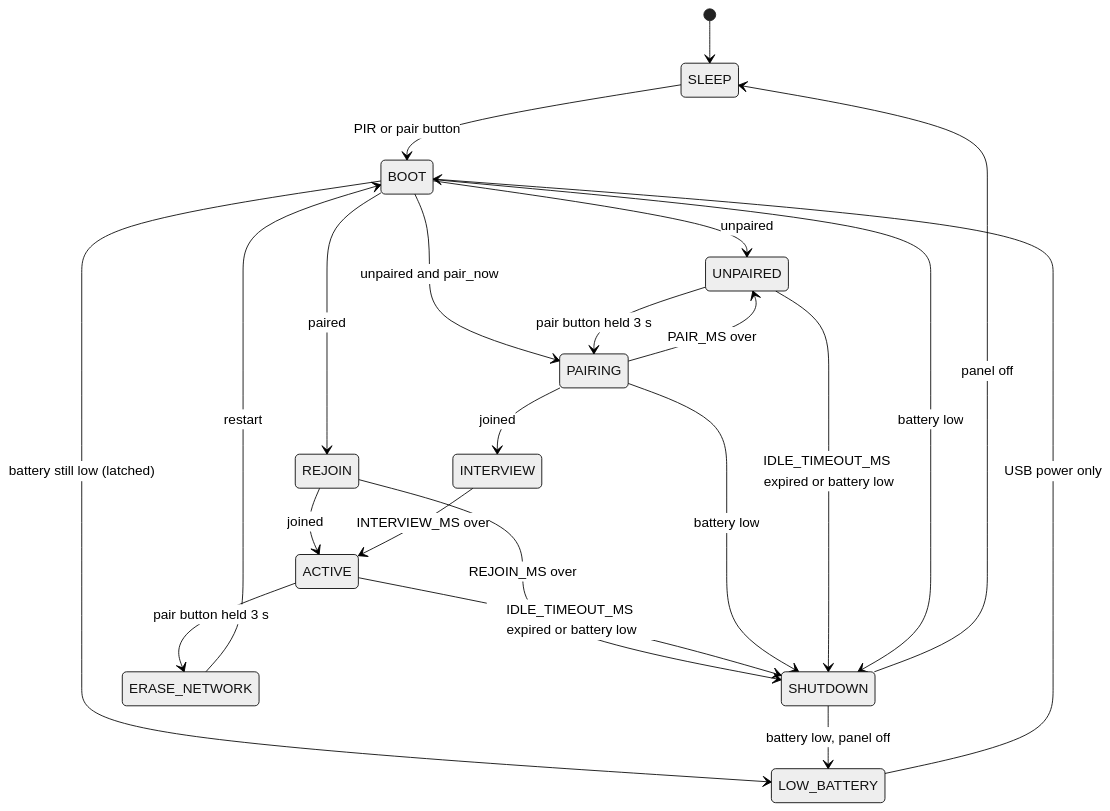
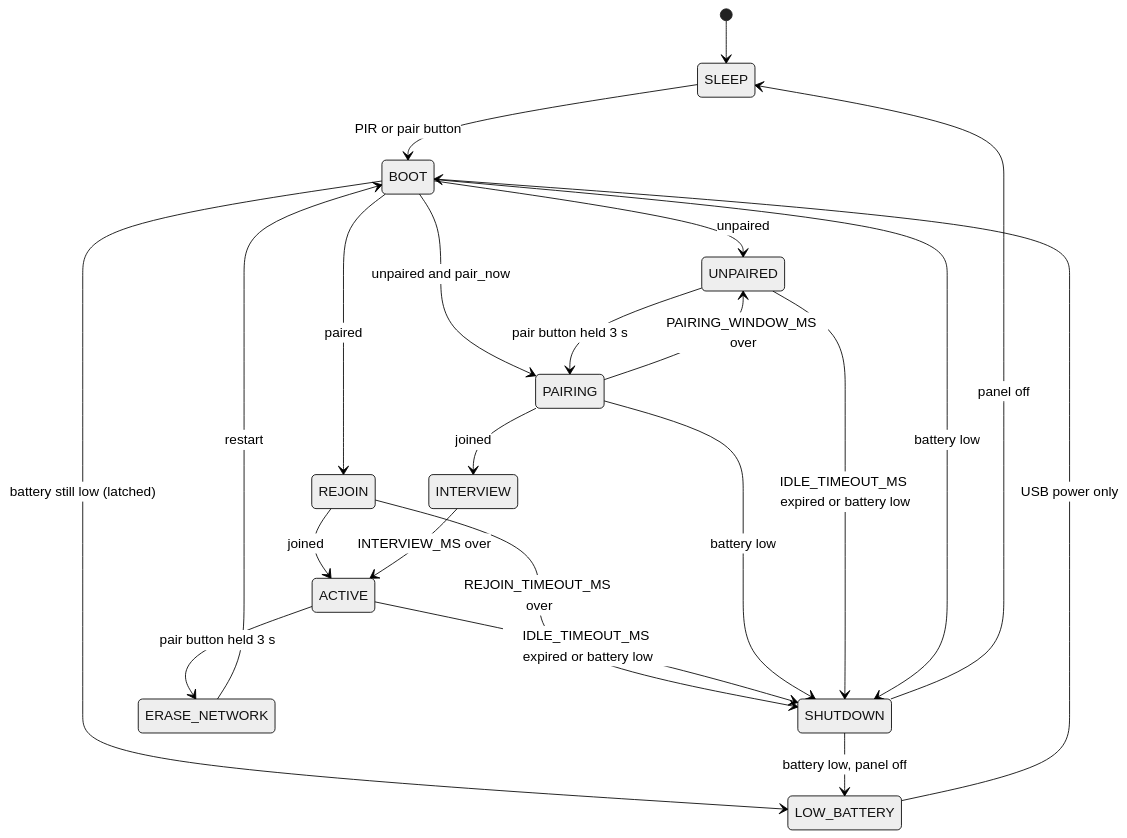
One commit to vgabor99/greenlight changed the diagram in DESIGN.md. Above: the diagram before and after it, drawn with Mermaid (neutral theme). The commit also changed other lines of this file and 8 other files, not shown here.

````diff
--- a/DESIGN.md
+++ b/DESIGN.md
@@ -89,34 +89,34 @@
 ```mermaid
 stateDiagram-v2
     %% The declaration order sets the layout: paired path left, unpaired path in the middle, SHUTDOWN right.
     state BOOT
     state REJOIN
     state ACTIVE
     state ERASE_NETWORK
     state UNPAIRED
     state PAIRING
     state INTERVIEW
     state SHUTDOWN
     state LOW_BATTERY
     [*] --> SLEEP
     SLEEP --> BOOT: PIR or pair button
     BOOT --> REJOIN: paired
     BOOT --> UNPAIRED: unpaired
     BOOT --> PAIRING: unpaired and pair_now
     REJOIN --> ACTIVE: joined
-    REJOIN --> SHUTDOWN: REJOIN_MS over
+    REJOIN --> SHUTDOWN: REJOIN_TIMEOUT_MS over
     ACTIVE --> ERASE_NETWORK: pair button held 3 s
     ERASE_NETWORK --> BOOT: restart
     ACTIVE --> SHUTDOWN: IDLE_TIMEOUT_MS expired or battery low
     UNPAIRED --> PAIRING: pair button held 3 s
-    PAIRING --> UNPAIRED: PAIR_MS over
+    PAIRING --> UNPAIRED: PAIRING_WINDOW_MS over
     PAIRING --> INTERVIEW: joined
     INTERVIEW --> ACTIVE: INTERVIEW_MS over
     PAIRING --> SHUTDOWN: battery low
     UNPAIRED --> SHUTDOWN: IDLE_TIMEOUT_MS expired or battery low
     BOOT --> SHUTDOWN: battery low
     BOOT --> LOW_BATTERY: battery still low (latched)
     SHUTDOWN --> LOW_BATTERY: battery low, panel off
     SHUTDOWN --> SLEEP: panel off
     LOW_BATTERY --> BOOT: USB power only
 ```
````
